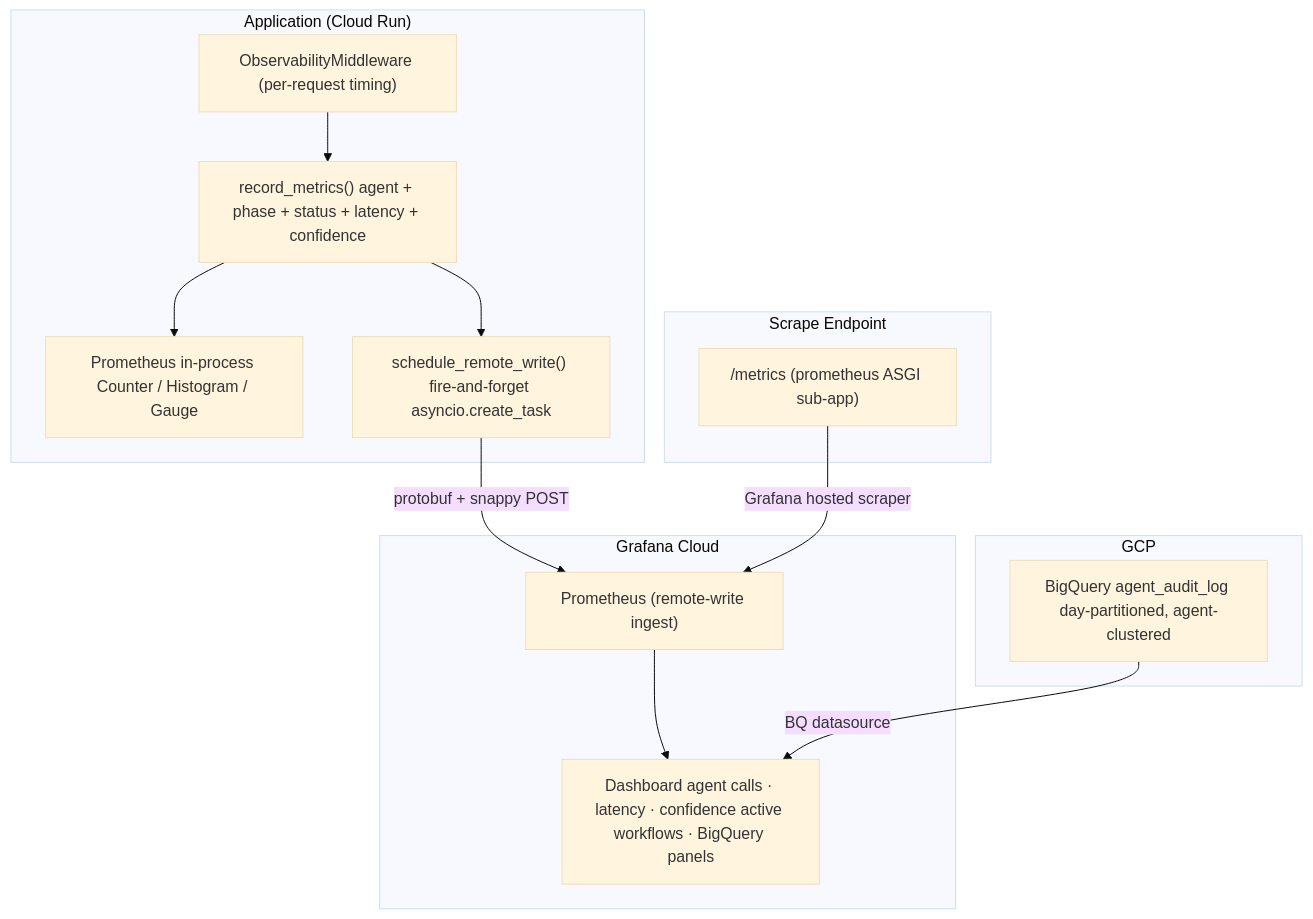
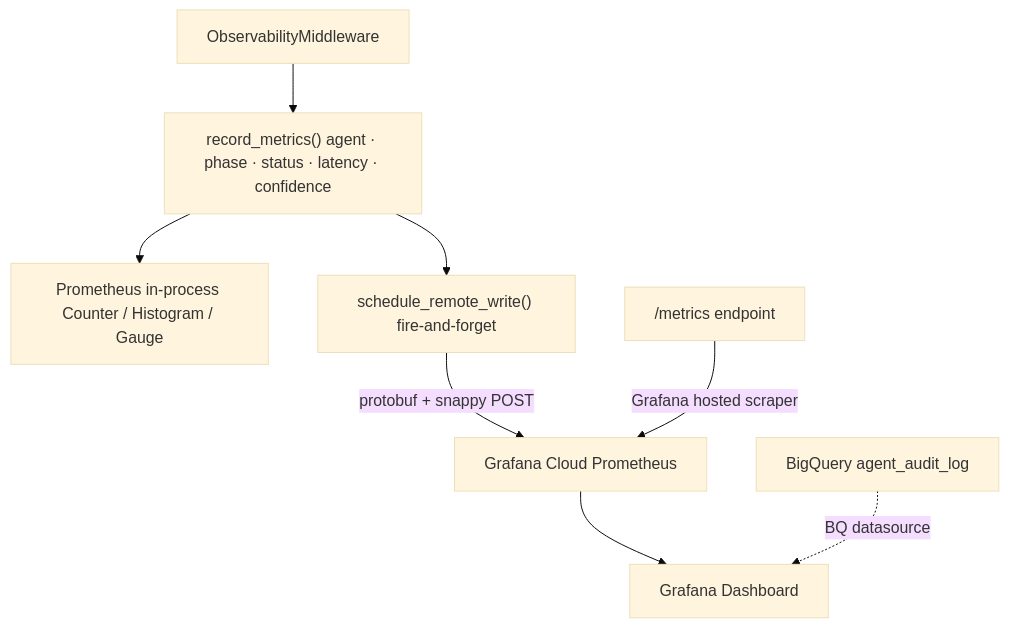
One commit to cherubini-sam/agenticssdlc changed the fourth of 4 diagrams in README.md. Above: the diagram before and after it, drawn with Mermaid (base theme). The commit also changed other lines of this file and 108 other files, not shown here.

````diff
--- a/README.md
+++ b/README.md
@@ -395,29 +274,18 @@
 ```mermaid
 flowchart TD
-    subgraph App["Application (Cloud Run)"]
-        MW["ObservabilityMiddleware (per-request timing)"]
-        REC["record_metrics() agent + phase + status + latency + confidence"]
-        PROM_LOCAL["Prometheus in-process Counter / Histogram / Gauge"]
-        RW["schedule_remote_write() fire-and-forget asyncio.create_task"]
-        MW --> REC --> PROM_LOCAL
-        REC --> RW
-    end
+    MW["ObservabilityMiddleware"]
+    REC["record_metrics() agent · phase · status · latency · confidence"]
+    PROM_LOCAL["Prometheus in-process Counter / Histogram / Gauge"]
+    RW["schedule_remote_write() fire-and-forget"]
+    SCRAPE["/metrics endpoint"]
+    BQ_TABLE["BigQuery agent_audit_log"]
+    PROM_CLOUD["Grafana Cloud Prometheus"]
+    DASH["Grafana Dashboard"]
 
-    subgraph Endpoints["Scrape Endpoint"]
-        SCRAPE["/metrics (prometheus ASGI sub-app)"]
-    end
-
-    subgraph GCP
-        BQ_TABLE["BigQuery agent_audit_log day-partitioned, agent-clustered"]
-    end
-
-    subgraph Grafana["Grafana Cloud"]
-        PROM_CLOUD["Prometheus (remote-write ingest)"]
-        DASH["Dashboard agent calls · latency · confidence active workflows · BigQuery panels"]
-    end
-
+    MW --> REC --> PROM_LOCAL
+    REC --> RW
     RW -->|protobuf + snappy POST| PROM_CLOUD
     SCRAPE -->|Grafana hosted scraper| PROM_CLOUD
     PROM_CLOUD --> DASH
-    BQ_TABLE -->|BQ datasource| DASH
+    BQ_TABLE -.->|BQ datasource| DASH
 ```
````
